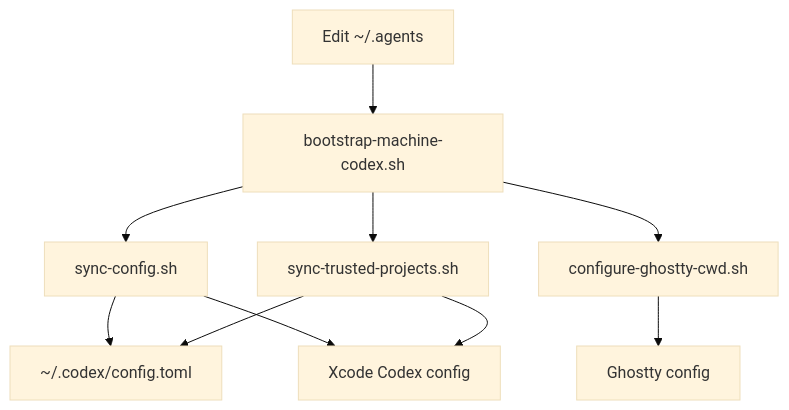
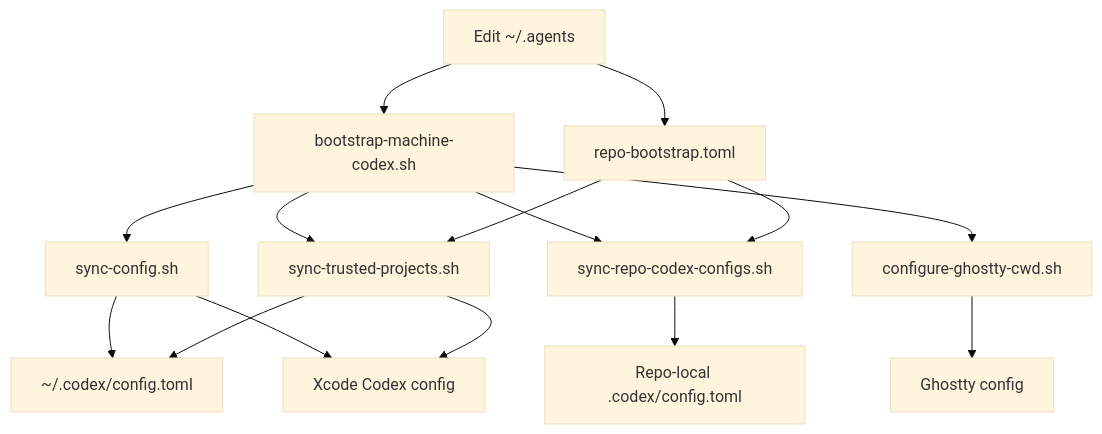
Before and after one commit to wisdom-in-a-nutshell/.agents: the second of 3 diagrams in docs/architecture/codex-control-plane.md, drawn with Mermaid (base theme). The commit also changed other lines of this file and 2 other files, not shown here.

Commit message:
Codex: 2026-03-12 22:27:51Z

````diff
--- a/docs/architecture/codex-control-plane.md
+++ b/docs/architecture/codex-control-plane.md
@@ -23,12 +30,17 @@
 ```mermaid
 flowchart TD
     A[Edit ~/.agents] --> B[bootstrap-machine-codex.sh]
+    A --> R[repo-bootstrap.toml]
     B --> C[sync-config.sh]
     B --> D[sync-trusted-projects.sh]
-    B --> E[configure-ghostty-cwd.sh]
-    C --> F[~/.codex/config.toml]
-    C --> G[Xcode Codex config]
-    D --> F
+    B --> E[sync-repo-codex-configs.sh]
+    B --> F[configure-ghostty-cwd.sh]
+    C --> G[~/.codex/config.toml]
+    C --> H[Xcode Codex config]
+    R --> D
+    R --> E
     D --> G
-    E --> H[Ghostty config]
+    D --> H
+    E --> I[Repo-local .codex/config.toml]
+    F --> J[Ghostty config]
 ```
````
